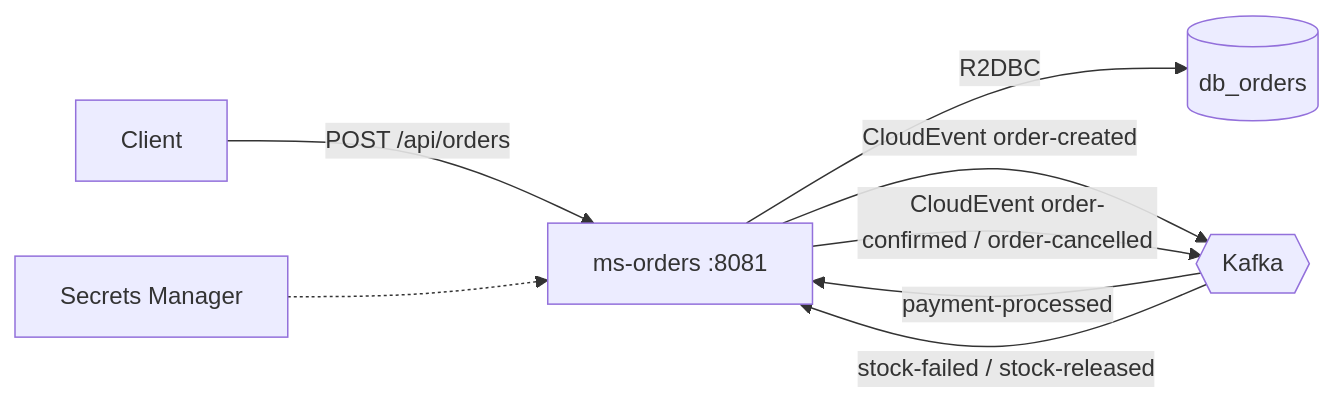
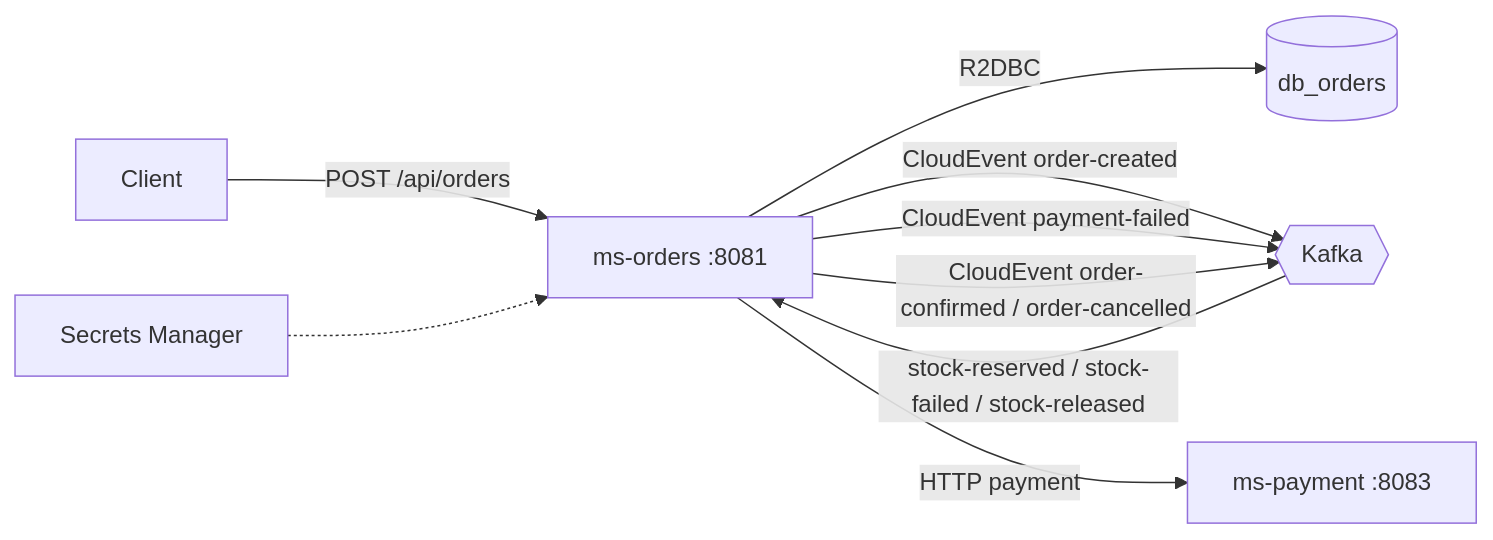
One commit to ManuLasker/enyoi_java_slides changed the diagram in lab_2_arka_microservicios_reactivos/docs/modulos/06-ms-orders-implementacion.md. Above: the diagram before and after it, drawn with Mermaid. The commit also changed other lines of this file and 6 other files, not shown here.

````diff
--- a/lab_2_arka_microservicios_reactivos/docs/modulos/06-ms-orders-implementacion.md
+++ b/lab_2_arka_microservicios_reactivos/docs/modulos/06-ms-orders-implementacion.md
@@ -24,10 +25,11 @@
 ```mermaid
 flowchart LR
-    C[Client] -->|POST /api/orders| O[ms-orders :8081]
-    O -->|R2DBC| DB[(db_orders)]
-    O -->|CloudEvent order-created| K{{Kafka}}
-    K -->|payment-processed| O
-    K -->|stock-failed / stock-released| O
-    O -->|CloudEvent order-confirmed / order-cancelled| K
-    S[Secrets Manager] -.-> O
+  C[Client] -->|POST /api/orders| O[ms-orders :8081]
+  O -->|R2DBC| DB[(db_orders)]
+  O -->|CloudEvent order-created| K{{Kafka}}
+  K -->|stock-reserved / stock-failed / stock-released| O
+  O -->|HTTP payment| P[ms-payment :8083]
+  O -->|CloudEvent payment-failed| K
+  O -->|CloudEvent order-confirmed / order-cancelled| K
+  S[Secrets Manager] -.-> O
 ```
````
